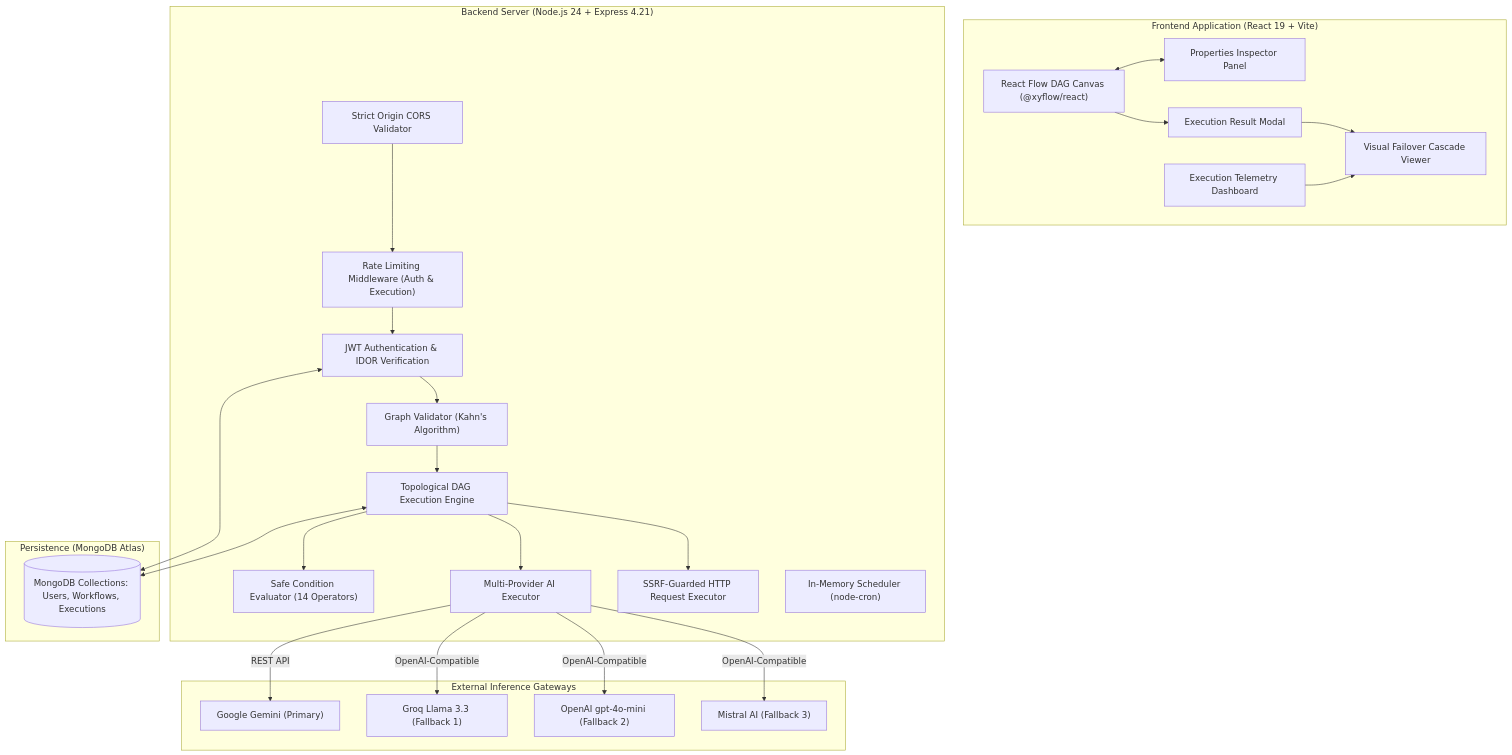
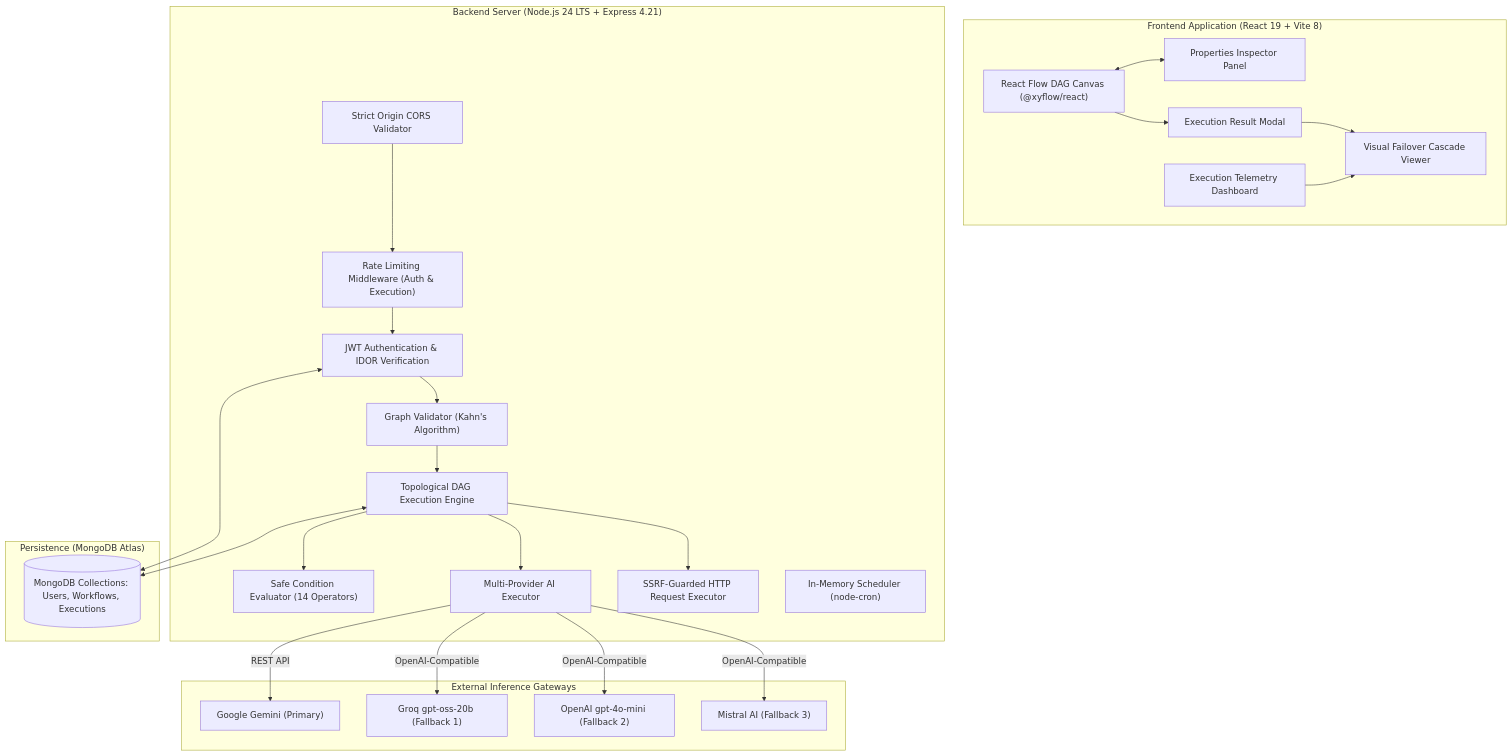
Before and after one commit to DivyanshuG23/flowforge-ai: the diagram in README.md, drawn with Mermaid. The commit also changed other lines of this file and 1 other file, not shown here.

Commit message:
docs: finalize portfolio and architecture documentation

````diff
--- a/README.md
+++ b/README.md
@@ -32,52 +32,52 @@
 ```mermaid
 flowchart TD
-    subgraph Client["Frontend Application (React 19 + Vite)"]
+    subgraph Client["Frontend Application (React 19 + Vite 8)"]
         Canvas["React Flow DAG Canvas (@xyflow/react)"]
         Inspector["Properties Inspector Panel"]
         Modal["Execution Result Modal"]
         Viewer["Visual Failover Cascade Viewer"]
         TelemetryDash["Execution Telemetry Dashboard"]
         Canvas <--> Inspector
         Canvas --> Modal
         Modal --> Viewer
         TelemetryDash --> Viewer
     end
 
-    subgraph Server["Backend Server (Node.js 24 + Express 4.21)"]
+    subgraph Server["Backend Server (Node.js 24 LTS + Express 4.21)"]
         CORS["Strict Origin CORS Validator"]
         RateLimit["Rate Limiting Middleware (Auth & Execution)"]
         AuthMiddleware["JWT Authentication & IDOR Verification"]
         Engine["Topological DAG Execution Engine"]
         Validator["Graph Validator (Kahn's Algorithm)"]
         CondEval["Safe Condition Evaluator (14 Operators)"]
         AIExec["Multi-Provider AI Executor"]
         HTTPExec["SSRF-Guarded HTTP Request Executor"]
         Scheduler["In-Memory Scheduler (node-cron)"]
 
         CORS --> RateLimit
         RateLimit --> AuthMiddleware
         AuthMiddleware --> Validator
         Validator --> Engine
         Engine --> CondEval
         Engine --> AIExec
         Engine --> HTTPExec
     end
 
     subgraph Database["Persistence (MongoDB Atlas)"]
         Atlas[("MongoDB Collections: Users, Workflows, Executions")]
         AuthMiddleware <--> Atlas
         Engine <--> Atlas
     end
 
     subgraph Providers["External Inference Gateways"]
         Gemini["Google Gemini (Primary)"]
-        Groq["Groq Llama 3.3 (Fallback 1)"]
+        Groq["Groq gpt-oss-20b (Fallback 1)"]
         OpenAI["OpenAI gpt-4o-mini (Fallback 2)"]
         Mistral["Mistral AI (Fallback 3)"]
 
         AIExec -->|REST API| Gemini
         AIExec -->|OpenAI-Compatible| Groq
         AIExec -->|OpenAI-Compatible| OpenAI
         AIExec -->|OpenAI-Compatible| Mistral
     end
 ```
````
